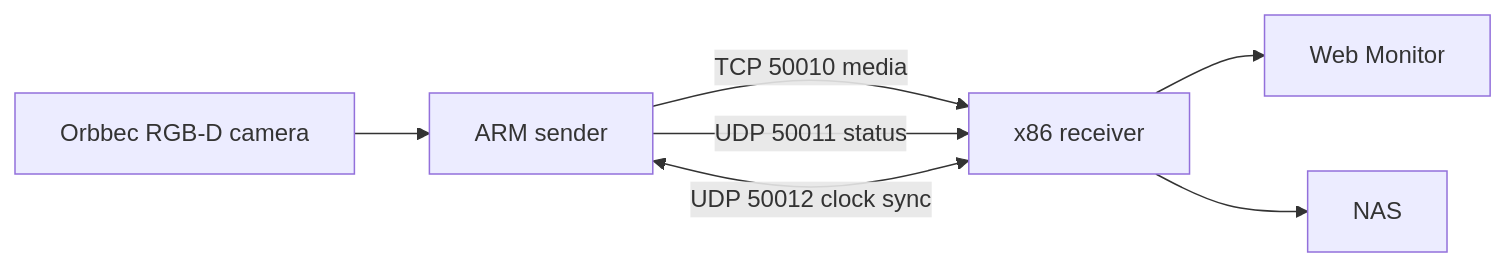
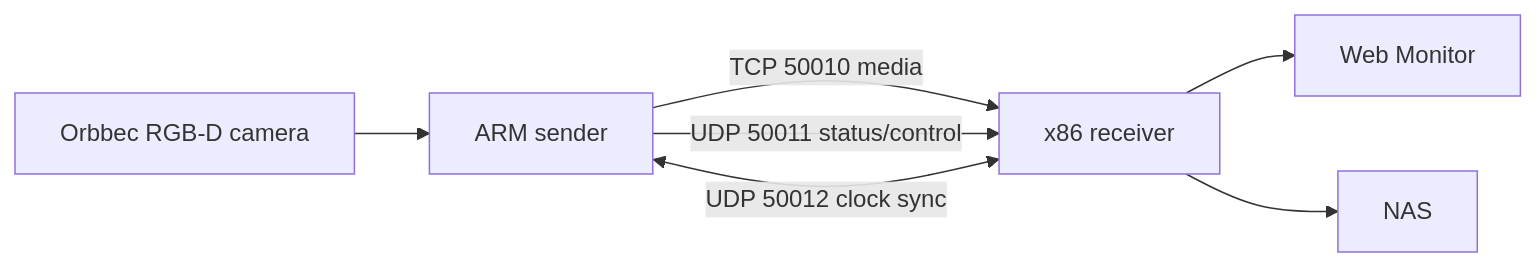
The diagram in README.md (RealityLoopAI/wireless_video_delivery), drawn with Mermaid before and after one commit. The commit also changed other lines of this file and 23 other files, not shown here.

````diff
--- a/README.md
+++ b/README.md
@@ -7,15 +7,15 @@
 ```mermaid
 flowchart LR
   camera[Orbbec RGB-D camera]
   sender[ARM sender]
   receiver[x86 receiver]
   web[Web Monitor]
   nas[NAS]
 
   camera --> sender
   sender -->|TCP 50010 media| receiver
-  sender -->|UDP 50011 status| receiver
+  sender -->|UDP 50011 status/control| receiver
   sender <-->|UDP 50012 clock sync| receiver
   receiver --> web
   receiver --> nas
 ```
````
